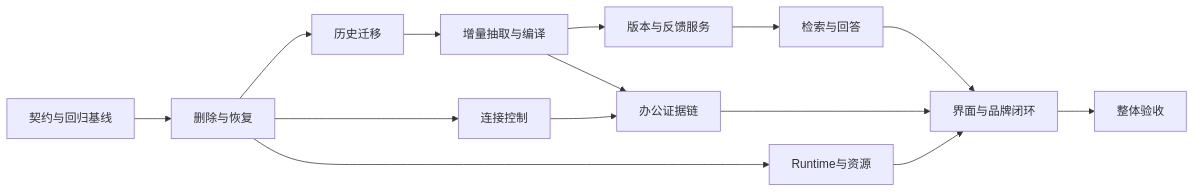
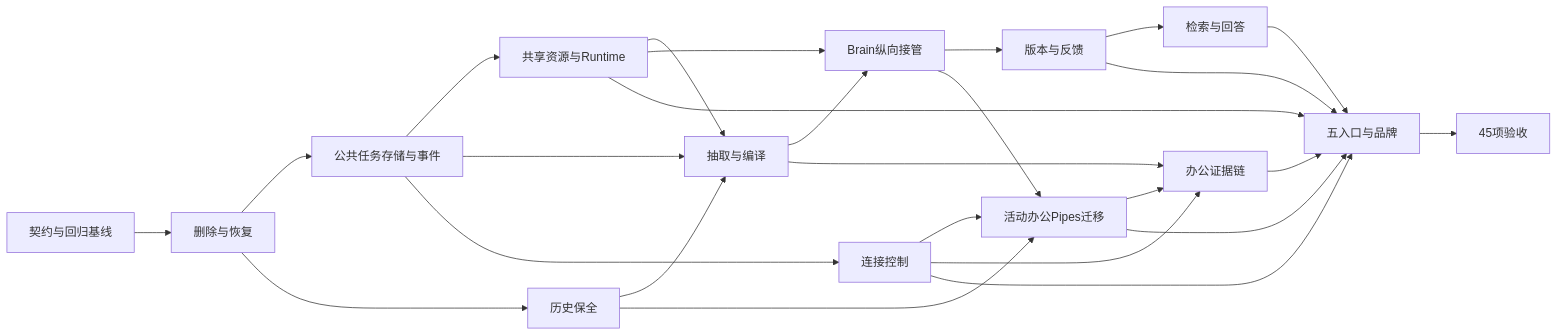
One commit to shawnxie94/screenpipe changed the diagram in docs/plans/personal-brain-correctness-execution-plan.md. Above: the diagram before and after it, drawn with Mermaid. The commit also changed other lines of this file and 7 other files, not shown here.

````diff
--- a/docs/plans/personal-brain-correctness-execution-plan.md
+++ b/docs/plans/personal-brain-correctness-execution-plan.md
@@ -75,16 +164,42 @@
 ```mermaid
 flowchart LR
-  F01[契约与回归基线] --> F02[删除与恢复]
-  F02 --> F03[历史迁移]
-  F03 --> F04[增量抽取与编译]
-  F04 --> F05[版本与反馈服务]
-  F05 --> F06[检索与回答]
-  F02 --> F07[连接控制]
-  F04 --> F08[办公证据链]
+  F01[契约与回归基线]
+  F02[删除与恢复]
+  F12[公共任务存储与事件]
+  F03[历史保全]
+  F09[共享资源与Runtime]
+  F04[抽取与编译]
+  F13[Brain纵向接管]
+  F05[版本与反馈]
+  F06[检索与回答]
+  F07[连接控制]
+  F14[活动办公Pipes迁移]
+  F08[办公证据链]
+  F10[五入口与品牌]
+  F11[45项验收]
+  F01 --> F02
+  F02 --> F12
+  F02 --> F03
+  F12 --> F09
+  F03 --> F04
+  F12 --> F04
+  F09 --> F04
+  F04 --> F13
+  F09 --> F13
+  F13 --> F05
+  F05 --> F06
+  F12 --> F07
+  F03 --> F14
+  F07 --> F14
+  F13 --> F14
+  F04 --> F08
   F07 --> F08
-  F02 --> F09[Runtime与资源]
-  F06 --> F10[界面与品牌闭环]
+  F14 --> F08
+  F05 --> F10
+  F06 --> F10
+  F07 --> F10
   F08 --> F10
   F09 --> F10
-  F10 --> F11[整体验收]
+  F14 --> F10
+  F10 --> F11
 ```
````
